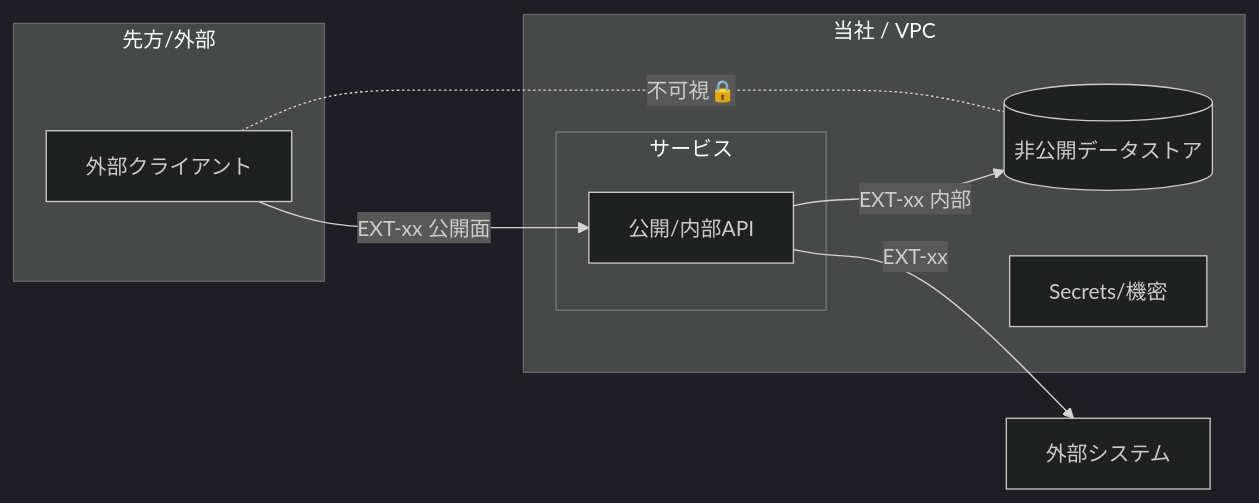
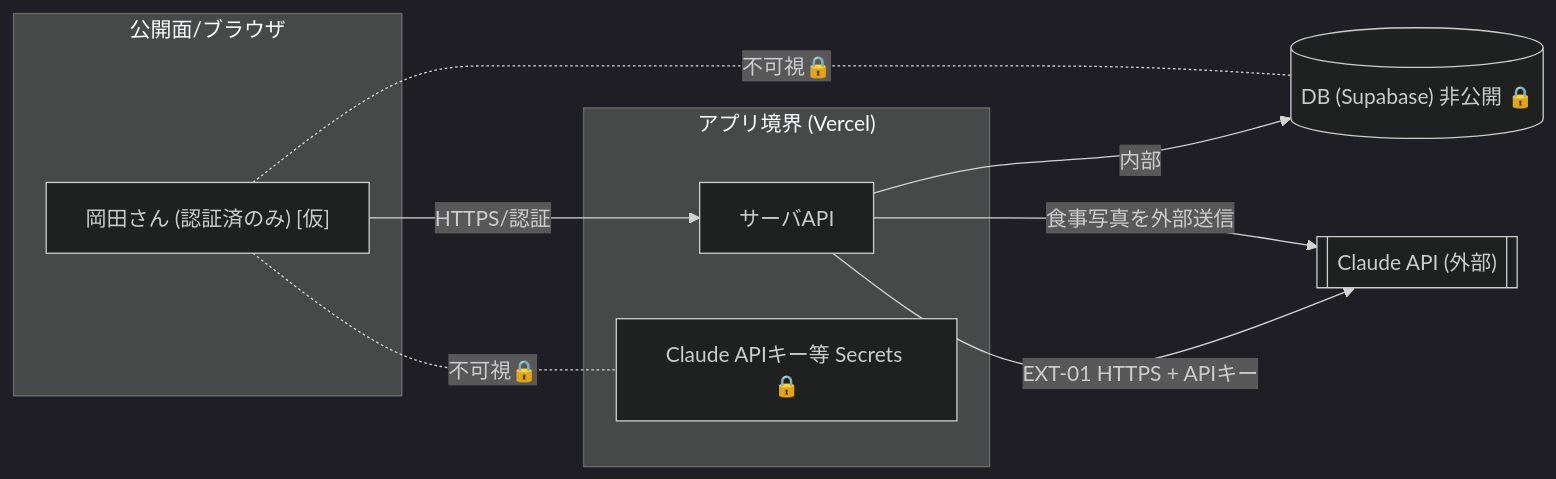
One commit to k-okada51/okada-fit changed the diagram in docs/02_設計/10_システム基本設計/02_境界.md. Above: the diagram before and after it, drawn with Mermaid (dark theme). The commit also changed other lines of this file and 6 other files, not shown here.

````diff
--- a/docs/02_設計/10_システム基本設計/02_境界.md
+++ b/docs/02_設計/10_システム基本設計/02_境界.md
@@ -19,20 +19,19 @@
 ```mermaid
 flowchart LR
-  subgraph EXT[先方/外部]
-    C[外部クライアント]
+  subgraph PUB[公開面/ブラウザ]
+    U["岡田さん (認証済のみ) [仮]"]
   end
-  subgraph OUR[当社 / VPC]
-    subgraph SVC[サービス]
-      API[公開/内部API]
-    end
-    DB[(非公開データストア)]
-    SEC[Secrets/機密]
+  subgraph APP["アプリ境界 (Vercel)"]
+    API["サーバAPI"]
+    SEC["Claude APIキー等 Secrets 🔒"]
   end
-  EXTSYS[外部システム]
+  DB[("DB (Supabase) 非公開 🔒")]
+  CLAUDE[["Claude API (外部)"]]
 
-  %% ここに記載（境界を跨ぐフローとEXT-ID・可視性を追記）
-  C -- EXT-xx 公開面 --> API
-  API -- EXT-xx 内部 --> DB
-  API -- EXT-xx --> EXTSYS
-  C -. 不可視🔒 .- DB
+  U -- HTTPS/認証 --> API
+  API -- 内部 --> DB
+  API -- "EXT-01 HTTPS + APIキー" --> CLAUDE
+  U -. 不可視🔒 .- SEC
+  U -. 不可視🔒 .- DB
+  API -- 食事写真を外部送信 --> CLAUDE
 ```
````
